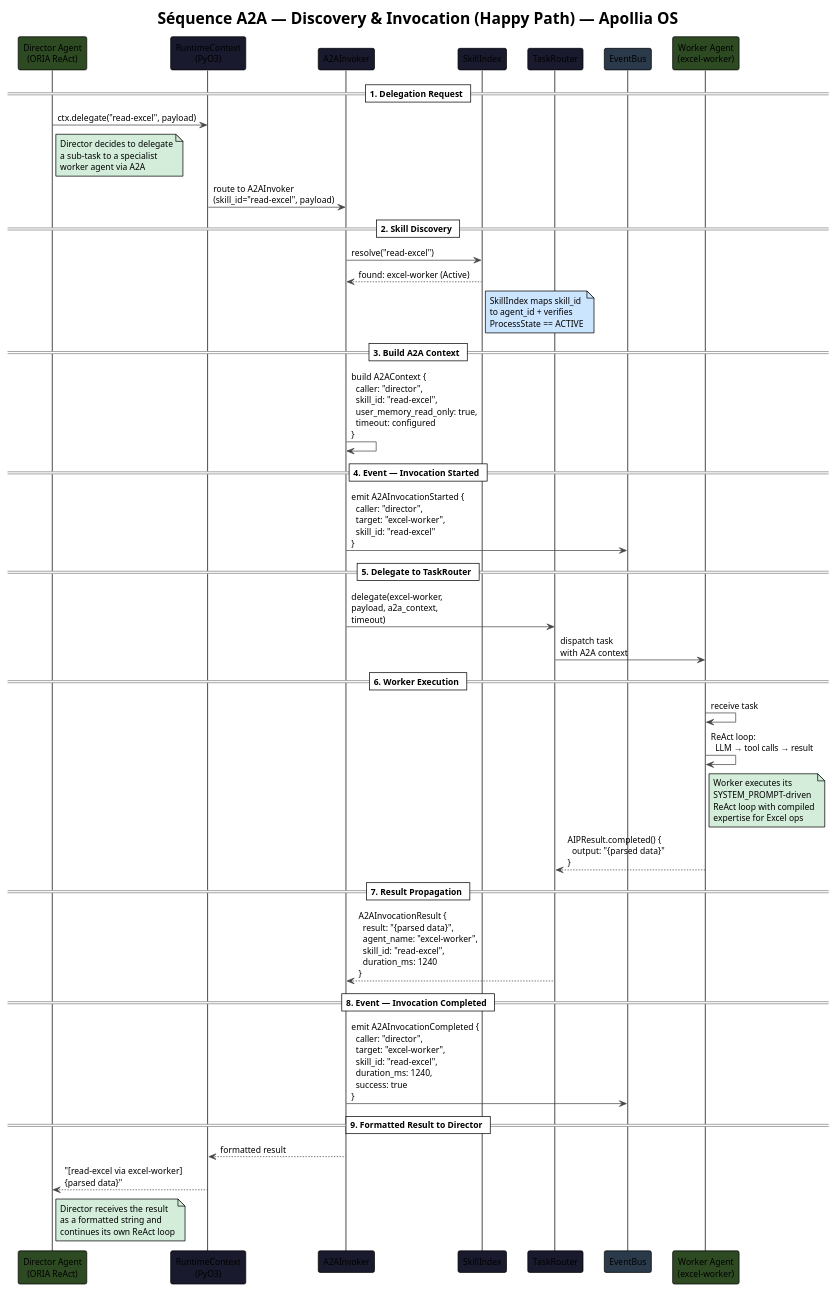
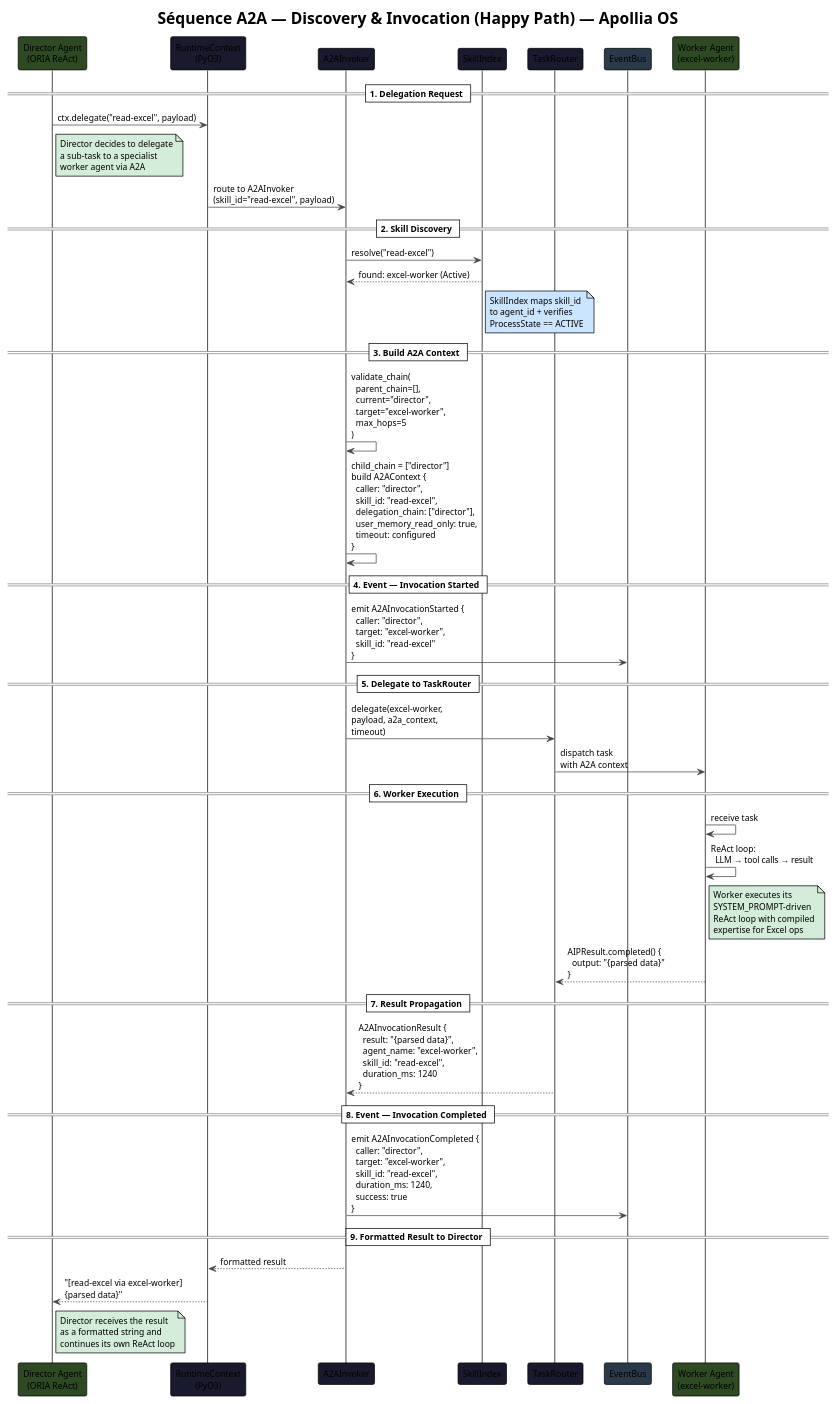
One commit to nidal-z/apollia-os changed the diagram in docs/diagrams/seq-a2a-discovery-invoke.puml. Above: the diagram before and after it, drawn with PlantUML. The commit also changed 50 other files, not shown here.

```diff
--- a/docs/diagrams/seq-a2a-discovery-invoke.puml
+++ b/docs/diagrams/seq-a2a-discovery-invoke.puml
@@ -1,83 +1,84 @@
 @startuml seq-a2a-discovery-invoke
 !theme plain
 skinparam backgroundColor #FFFFFF
 skinparam defaultFontName "JetBrains Mono"
 skinparam defaultFontSize 12
 skinparam ArrowColor #444444
 skinparam BorderColor #444444
 title Séquence A2A — Discovery & Invocation (Happy Path) — Apollia OS
 
 participant "Director Agent\n(ORIA ReAct)" as director #2d4a22
 participant "RuntimeContext\n(PyO3)" as ctx #1a1a2e
 participant "A2AInvoker" as invoker #1a1a2e
 participant "SkillIndex" as skills #1a1a2e
 participant "TaskRouter" as router #1a1a2e
 participant "EventBus" as bus #2a3a4a
 participant "Worker Agent\n(excel-worker)" as worker #2d4a22
 
 == 1. Delegation Request ==
 
 director -> ctx : ctx.delegate("read-excel", payload)
 note right of director #d4edda
   Director decides to delegate
   a sub-task to a specialist
   worker agent via A2A
 end note
 
 ctx -> invoker : route to A2AInvoker\n(skill_id="read-excel", payload)
 
 == 2. Skill Discovery ==
 
 invoker -> skills : resolve("read-excel")
 skills --> invoker : found: excel-worker (Active)
 note right of skills #cce5ff
   SkillIndex maps skill_id
   to agent_id + verifies
   ProcessState == ACTIVE
 end note
 
 == 3. Build A2A Context ==
 
-invoker -> invoker : build A2AContext {\n  caller: "director",\n  skill_id: "read-excel",\n  user_memory_read_only: true,\n  timeout: configured\n}
+invoker -> invoker : validate_chain(\n  parent_chain=[],\n  current="director",\n  target="excel-worker",\n  max_hops=5\n)
+invoker -> invoker : child_chain = ["director"]\nbuild A2AContext {\n  caller: "director",\n  skill_id: "read-excel",\n  delegation_chain: ["director"],\n  user_memory_read_only: true,\n  timeout: configured\n}
 
 == 4. Event — Invocation Started ==
 
 invoker -> bus : emit A2AInvocationStarted {\n  caller: "director",\n  target: "excel-worker",\n  skill_id: "read-excel"\n}
 
 == 5. Delegate to TaskRouter ==
 
 invoker -> router : delegate(excel-worker,\npayload, a2a_context,\ntimeout)
 router -> worker : dispatch task\nwith A2A context
 
 == 6. Worker Execution ==
 
 worker -> worker : receive task
 worker -> worker : ReAct loop:\n  LLM → tool calls → result
 note right of worker #d4edda
   Worker executes its
   SYSTEM_PROMPT-driven
   ReAct loop with compiled
   expertise for Excel ops
 end note
 
 worker --> router : AIPResult.completed() {\n  output: "{parsed data}"\n}
 
 == 7. Result Propagation ==
 
 router --> invoker : A2AInvocationResult {\n  result: "{parsed data}",\n  agent_name: "excel-worker",\n  skill_id: "read-excel",\n  duration_ms: 1240\n}
 
 == 8. Event — Invocation Completed ==
 
 invoker -> bus : emit A2AInvocationCompleted {\n  caller: "director",\n  target: "excel-worker",\n  skill_id: "read-excel",\n  duration_ms: 1240,\n  success: true\n}
 
 == 9. Formatted Result to Director ==
 
 invoker --> ctx : formatted result
 ctx --> director : "[read-excel via excel-worker]\n{parsed data}"
 note right of director #d4edda
   Director receives the result
   as a formatted string and
   continues its own ReAct loop
 end note
 
 @enduml
```
